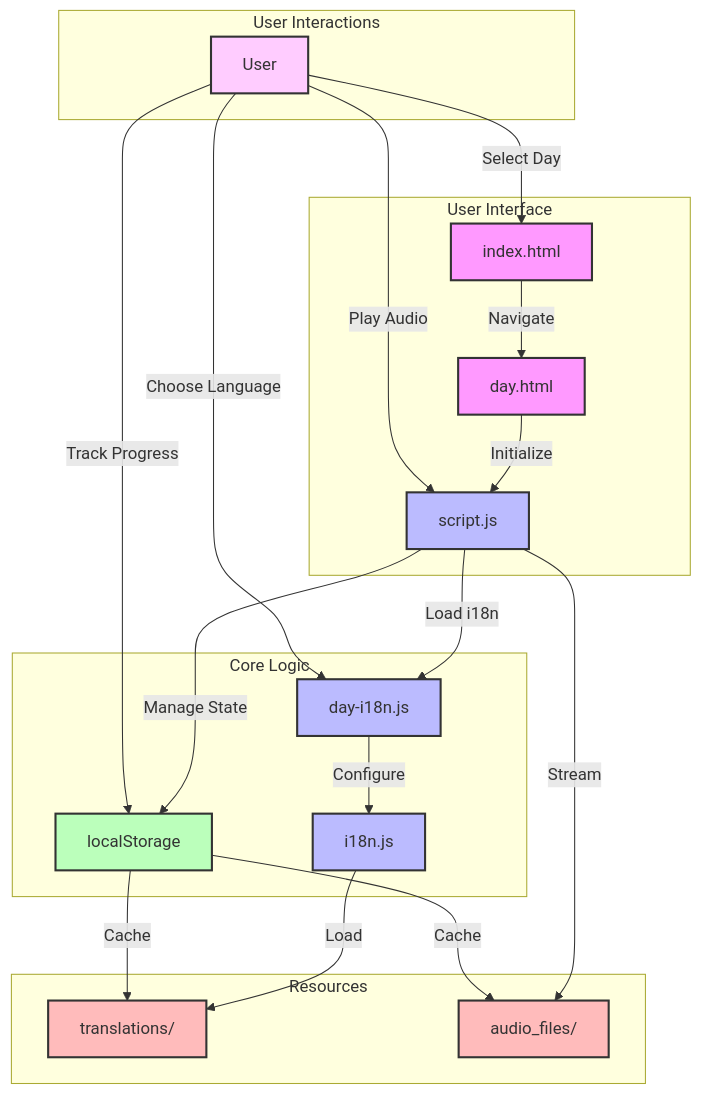
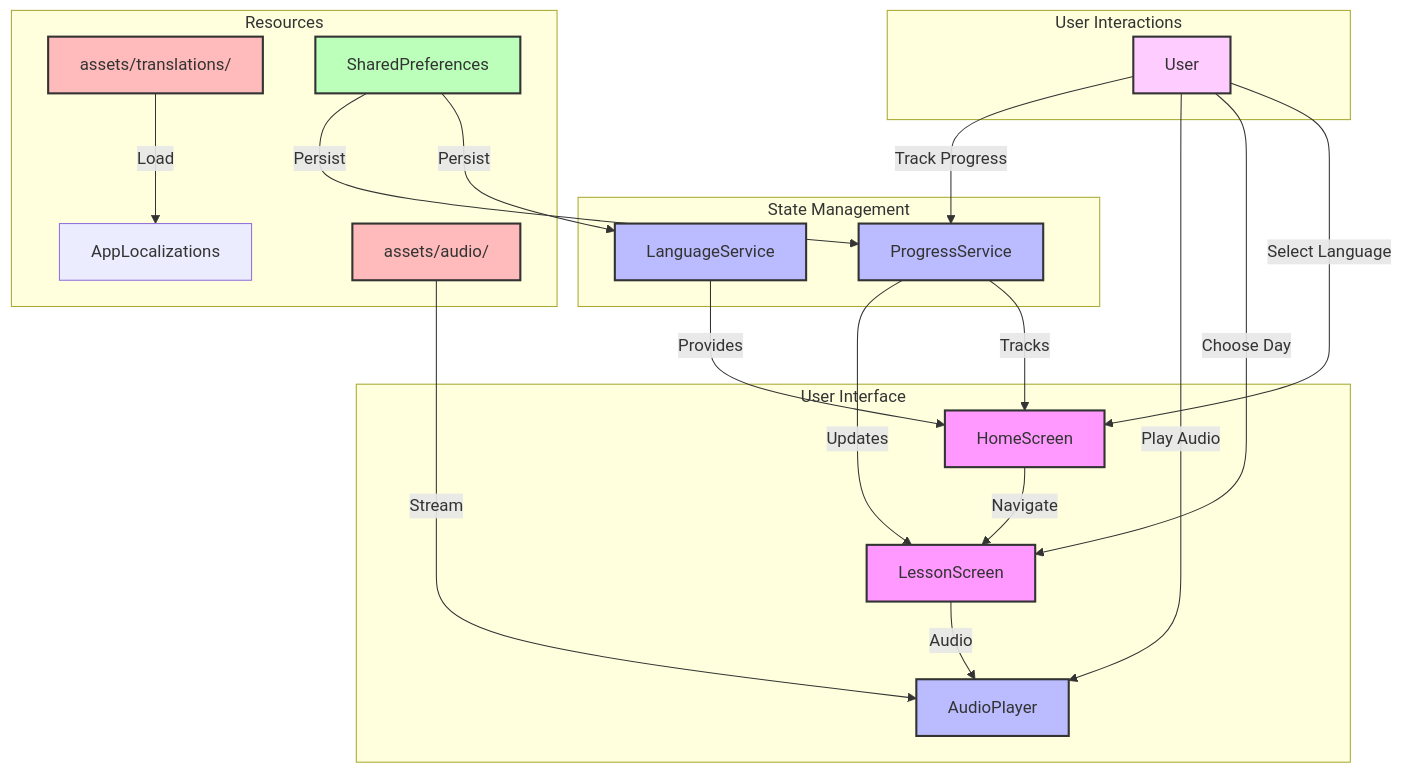
The first of 4 diagrams in README.md (dbsectrainer/PolyglotPathways), drawn with Mermaid before and after one commit. The commit also changed other lines of this file and 287 other files, not shown here.

````diff
--- a/README.md
+++ b/README.md
@@ -12,39 +12,39 @@
 ```mermaid
 graph TD
     subgraph User Interface
-        A[index.html] -->|Navigate| B[day.html]
-        B -->|Initialize| C[script.js]
+        A[HomeScreen] -->|Navigate| B[LessonScreen]
+        B -->|Audio| C[AudioPlayer]
     end
-    
-    subgraph Core Logic
-        C -->|Load i18n| D[day-i18n.js]
-        D -->|Configure| E[i18n.js]
-        C -->|Manage State| F[localStorage]
+
+    subgraph State Management
+        D[LanguageService] -->|Provides| A
+        E[ProgressService] -->|Tracks| A
+        E -->|Updates| B
     end
-    
+
     subgraph Resources
-        E -->|Load| G[translations/]
-        C -->|Stream| H[audio_files/]
-        F -->|Cache| G
-        F -->|Cache| H
+        F[assets/translations/] -->|Load| G[AppLocalizations]
+        H[assets/audio/] -->|Stream| C
+        I[SharedPreferences] -->|Persist| D
+        I -->|Persist| E
     end
-    
+
     subgraph User Interactions
-        U[User] -->|Select Day| A
-        U -->|Choose Language| D
+        U[User] -->|Select Language| A
+        U -->|Choose Day| B
         U -->|Play Audio| C
-        U -->|Track Progress| F
+        U -->|Track Progress| E
     end
-    
+
     style A fill:#f9f,stroke:#333,stroke-width:2px
     style B fill:#f9f,stroke:#333,stroke-width:2px
     style C fill:#bbf,stroke:#333,stroke-width:2px
     style D fill:#bbf,stroke:#333,stroke-width:2px
     style E fill:#bbf,stroke:#333,stroke-width:2px
-    style F fill:#bfb,stroke:#333,stroke-width:2px
-    style G fill:#fbb,stroke:#333,stroke-width:2px
+    style I fill:#bfb,stroke:#333,stroke-width:2px
+    style F fill:#fbb,stroke:#333,stroke-width:2px
     style H fill:#fbb,stroke:#333,stroke-width:2px
-    
+
     classDef userNode fill:#fcf,stroke:#333,stroke-width:2px
     class U userNode
 ```
````
